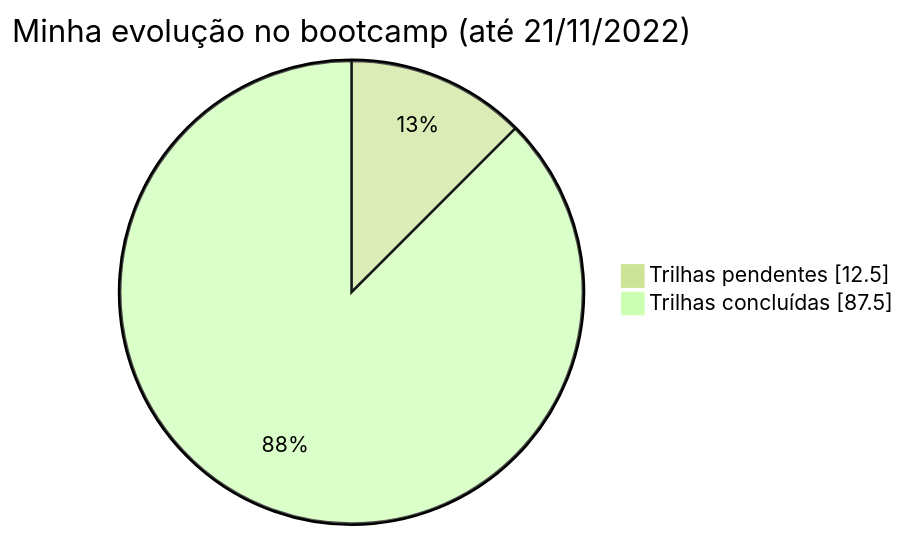
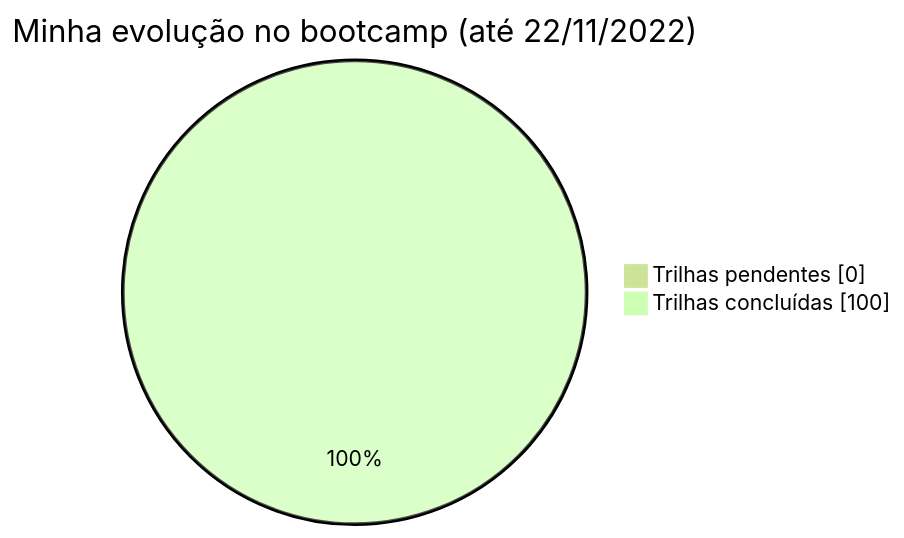
One commit to michelelozada/Bootcamp-DIO-Java-Beginners changed the diagram in 1-Desafios-de-Projeto/desafio-projeto-1/README.md. Above: the diagram before and after it, drawn with Mermaid (forest theme). The commit also changed other lines of this file and 2 other files, not shown here.

````diff
--- a/1-Desafios-de-Projeto/desafio-projeto-1/README.md
+++ b/1-Desafios-de-Projeto/desafio-projeto-1/README.md
@@ -20,6 +20,6 @@
 ```mermaid
 pie showData
-  title Minha evolução no bootcamp (até 21/11/2022)
-	"Trilhas pendentes" : 12.5
-    "Trilhas concluídas" : 87.5
+  title Minha evolução no bootcamp (até 22/11/2022)
+	"Trilhas pendentes" : 0.0
+    "Trilhas concluídas" : 100.0
 ```
````
